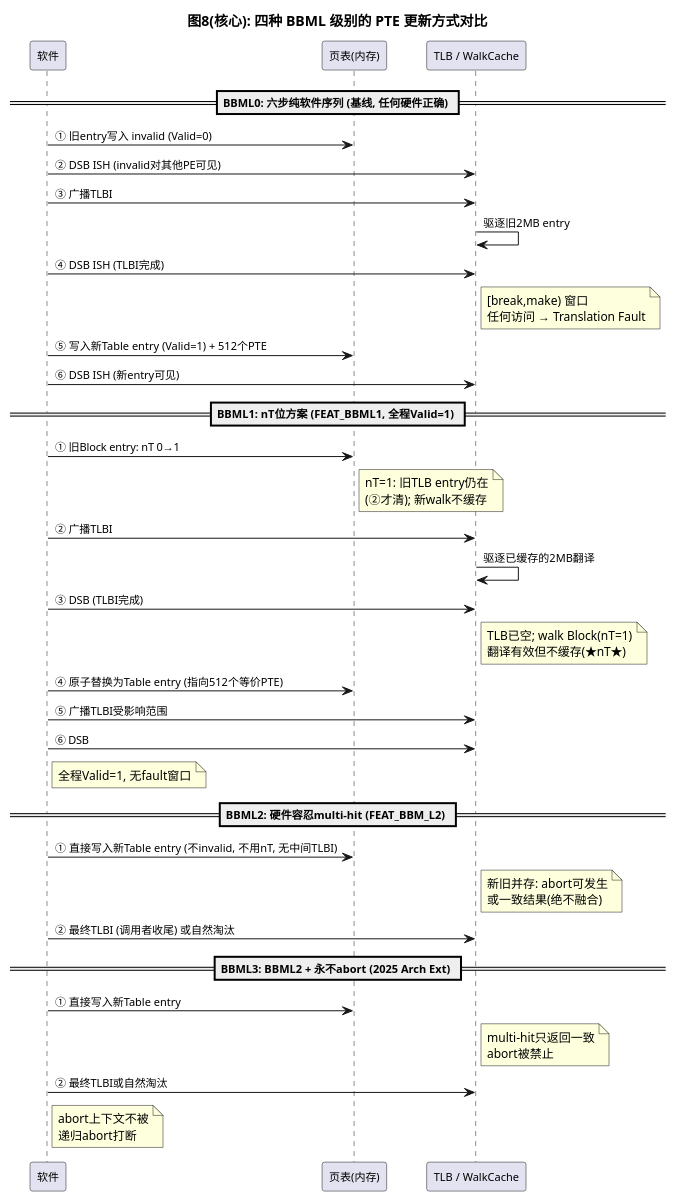
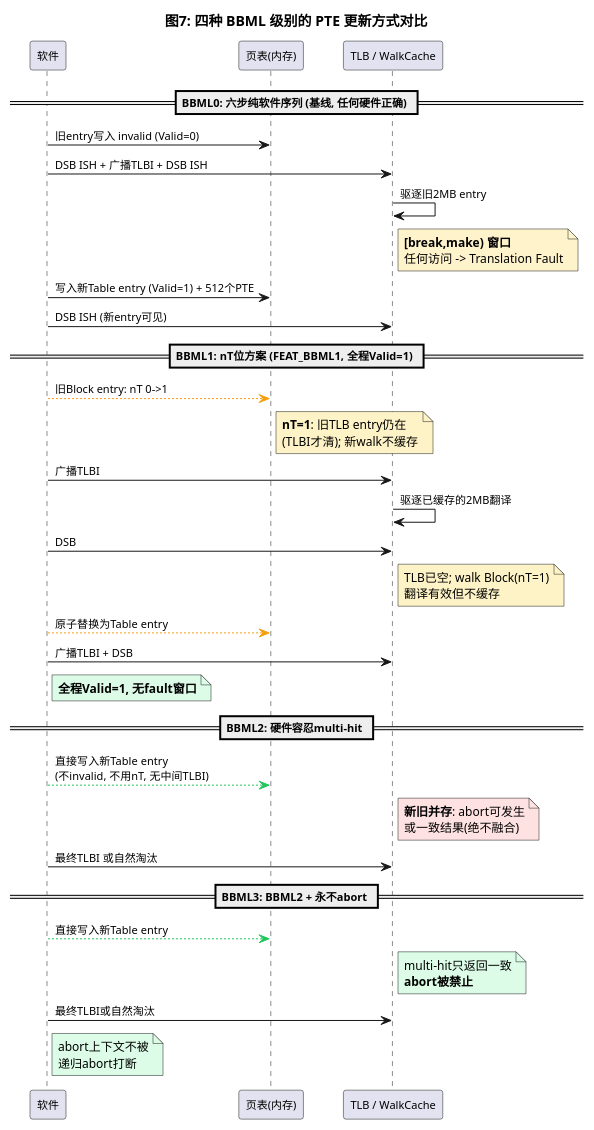
One commit to AkiraZheng/AkiraZheng.github.io changed the eighth of 12 diagrams in source/_posts/ARM64-BBML源码分析-BBML0-BBML3.md. Above: the diagram before and after it, drawn with PlantUML. The commit also changed other lines of this file and 10 other files, not shown here.

````diff
--- a/source/_posts/ARM64-BBML源码分析-BBML0-BBML3.md
+++ b/source/_posts/ARM64-BBML源码分析-BBML0-BBML3.md
@@ -899,50 +913,47 @@
 ```plantuml
 @startuml
 skinparam backgroundColor white
 skinparam defaultFontSize 11
 skinparam noteFontSize 12
 skinparam ParticipantPadding 15
-title 图8(核心): 四种 BBML 级别的 PTE 更新方式对比
+title 图7: 四种 BBML 级别的 PTE 更新方式对比
 
 participant "软件" as SW
 participant "页表(内存)" as PT
 participant "TLB / WalkCache" as TLB
 
 == BBML0: 六步纯软件序列 (基线, 任何硬件正确) ==
 
-SW -> PT : ① 旧entry写入 invalid (Valid=0)
-SW -> TLB : ② DSB ISH (invalid对其他PE可见)
-SW -> TLB : ③ 广播TLBI
+SW -> PT : 旧entry写入 invalid (Valid=0)
+SW -> TLB : DSB ISH + 广播TLBI + DSB ISH
 TLB -> TLB : 驱逐旧2MB entry
-SW -> TLB : ④ DSB ISH (TLBI完成)
-note right of TLB : [break,make) 窗口\n任何访问 → Translation Fault
-SW -> PT : ⑤ 写入新Table entry (Valid=1) + 512个PTE
-SW -> TLB : ⑥ DSB ISH (新entry可见)
+note right of TLB #FFF3CC : **[break,make) 窗口**\n任何访问 -> Translation Fault
+SW -> PT : 写入新Table entry (Valid=1) + 512个PTE
+SW -> TLB : DSB ISH (新entry可见)
 
 == BBML1: nT位方案 (FEAT_BBML1, 全程Valid=1) ==
 
-SW -> PT : ① 旧Block entry: nT 0→1
-note right of PT : nT=1: 旧TLB entry仍在\n(②才清); 新walk不缓存
-SW -> TLB : ② 广播TLBI
+SW -[#f59e0b]-> PT : 旧Block entry: nT 0->1
+note right of PT #FEF3C7 : **nT=1**: 旧TLB entry仍在\n(TLBI才清); 新walk不缓存
+SW -> TLB : 广播TLBI
 TLB -> TLB : 驱逐已缓存的2MB翻译
-SW -> TLB : ③ DSB (TLBI完成)
-note right of TLB : TLB已空; walk Block(nT=1)\n翻译有效但不缓存(★nT★)
-SW -> PT : ④ 原子替换为Table entry (指向512个等价PTE)
-SW -> TLB : ⑤ 广播TLBI受影响范围
-SW -> TLB : ⑥ DSB
-note right of SW : 全程Valid=1, 无fault窗口
+SW -> TLB : DSB
+note right of TLB #FEF3C7 : TLB已空; walk Block(nT=1)\n翻译有效但不缓存
+SW -[#f59e0b]-> PT : 原子替换为Table entry
+SW -> TLB : 广播TLBI + DSB
+note right of SW #dcfce7 : **全程Valid=1, 无fault窗口**
 
-== BBML2: 硬件容忍multi-hit (FEAT_BBM_L2) ==
+== BBML2: 硬件容忍multi-hit ==
 
-SW -> PT : ① 直接写入新Table entry (不invalid, 不用nT, 无中间TLBI)
-note right of TLB : 新旧并存: abort可发生\n或一致结果(绝不融合)
-SW -> TLB : ② 最终TLBI (调用者收尾) 或自然淘汰
+SW -[#22c55e]-> PT : 直接写入新Table entry\n(不invalid, 不用nT, 无中间TLBI)
+note right of TLB #fee2e2 : **新旧并存**: abort可发生\n或一致结果(绝不融合)
+SW -> TLB : 最终TLBI 或自然淘汰
 
-== BBML3: BBML2 + 永不abort (2025 Arch Ext) ==
+== BBML3: BBML2 + 永不abort ==
 
-SW -> PT : ① 直接写入新Table entry
-note right of TLB : multi-hit只返回一致\nabort被禁止
-SW -> TLB : ② 最终TLBI或自然淘汰
-note right of SW : abort上下文不被\n递归abort打断
+SW -[#22c55e]-> PT : 直接写入新Table entry
+note right of TLB #dcfce7 : multi-hit只返回一致\n**abort被禁止**
+SW -> TLB : 最终TLBI或自然淘汰
+note right of SW #dcfce7 : abort上下文不被\n递归abort打断
 @enduml
 ```
````
